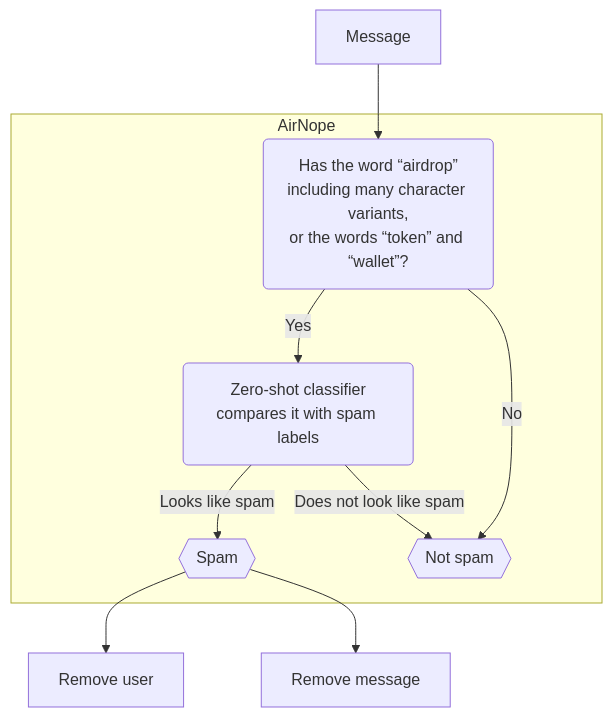
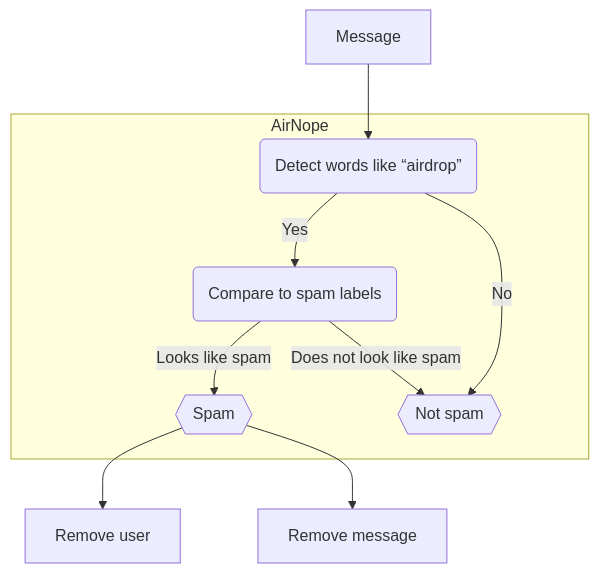
The diagram in README.md (cuducos/airnope), drawn with Mermaid before and after one commit.

Commit message:
Fixes Mermaid chart

````diff
--- a/README.md
+++ b/README.md
@@ -14,23 +14,20 @@
 ```mermaid
 flowchart TB
 
-MSG[Message] --> RE("Has the word “airdrop”
-including many character variants,
-or the words “token” and “wallet”?")
+MSG[Message] --> RE(Detect words like “airdrop”)
 
-RE-->|Yes| ZSC("Zero-shot classifier
-compares it with spam labels")
+RE-->|Yes| ZSC(Compare to spam labels)
 ZSC-->|Looks like spam| S{{Spam}}
 S--> RU[Remove user]
 S--> RM[Remove message]
 
 ZSC-->|Does not look like spam| NS
 RE-->|No| NS{{Not spam}}
 
 subgraph AirNope
     RE
     ZSC
     NS
     S
 end
 ```
````
